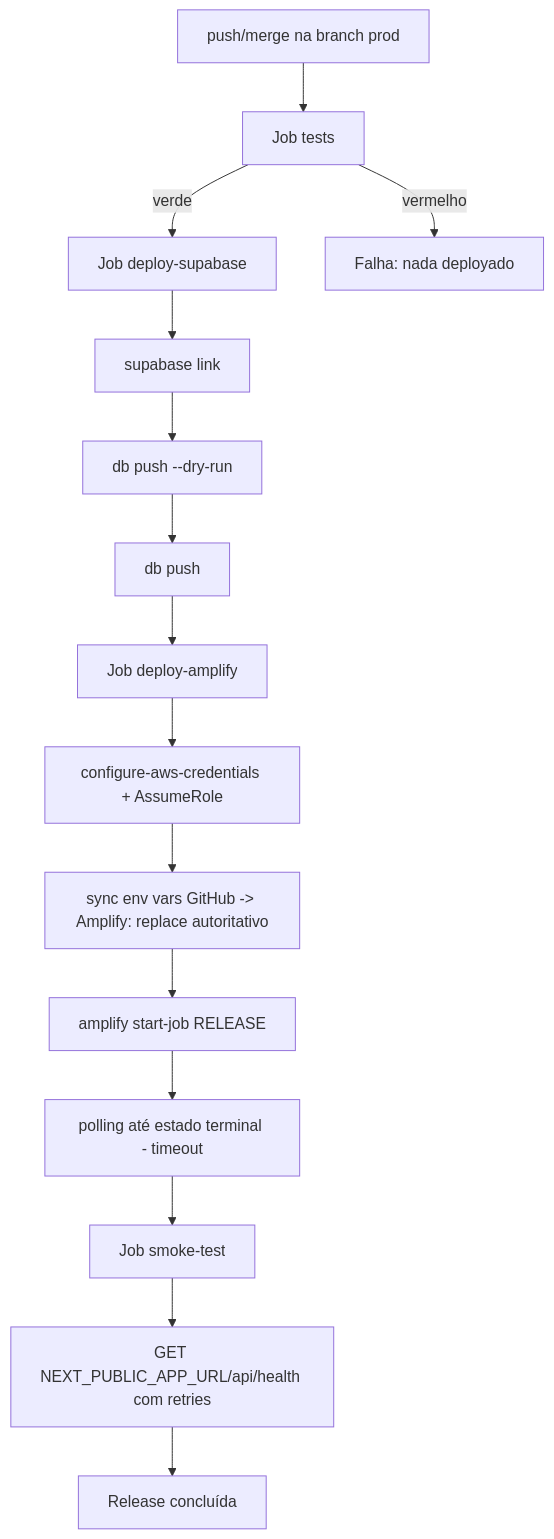
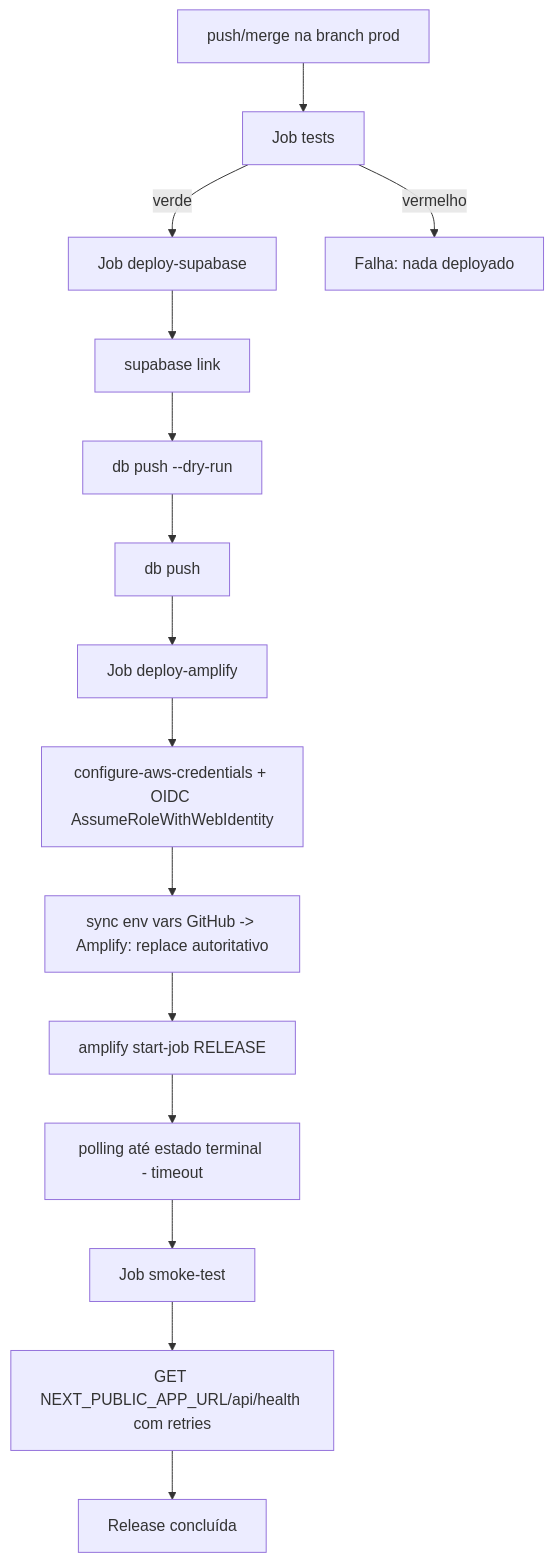
One commit to yaidEnterprise/yaid_dashboard changed the first of 2 diagrams in docs/deployment/production-cicd.md. Above: the diagram before and after it, drawn with Mermaid. The commit also changed other lines of this file and 8 other files, not shown here.

First line of the commit message:
refactor(deploy): migrar autenticação AWS do deploy para GitHub OIDC

````diff
--- a/docs/deployment/production-cicd.md
+++ b/docs/deployment/production-cicd.md
@@ -74,17 +79,17 @@
 ```mermaid
 flowchart TD
     A[push/merge na branch prod] --> B[Job tests]
     B -->|verde| C[Job deploy-supabase]
     B -->|vermelho| X[Falha: nada deployado]
     C --> C1[supabase link]
     C1 --> C2[db push --dry-run]
     C2 --> C3[db push]
     C3 --> D[Job deploy-amplify]
-    D --> D1[configure-aws-credentials + AssumeRole]
+    D --> D1[configure-aws-credentials + OIDC AssumeRoleWithWebIdentity]
     D1 --> D2[sync env vars GitHub -> Amplify: replace autoritativo]
     D2 --> D3[amplify start-job RELEASE]
     D3 --> D4[polling até estado terminal - timeout]
     D4 --> E[Job smoke-test]
     E --> E1[GET NEXT_PUBLIC_APP_URL/api/health com retries]
     E1 --> F[Release concluída]
 ```
````
